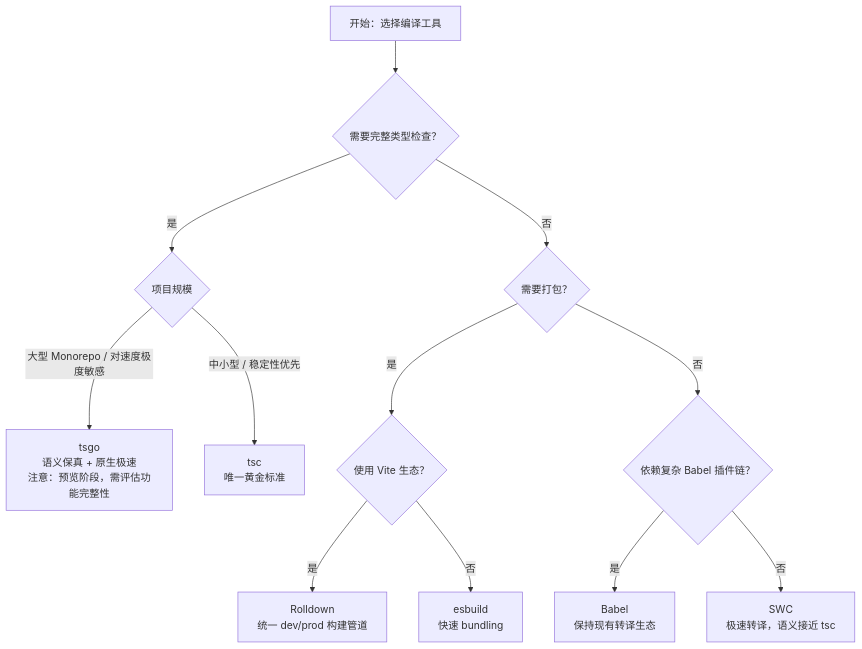
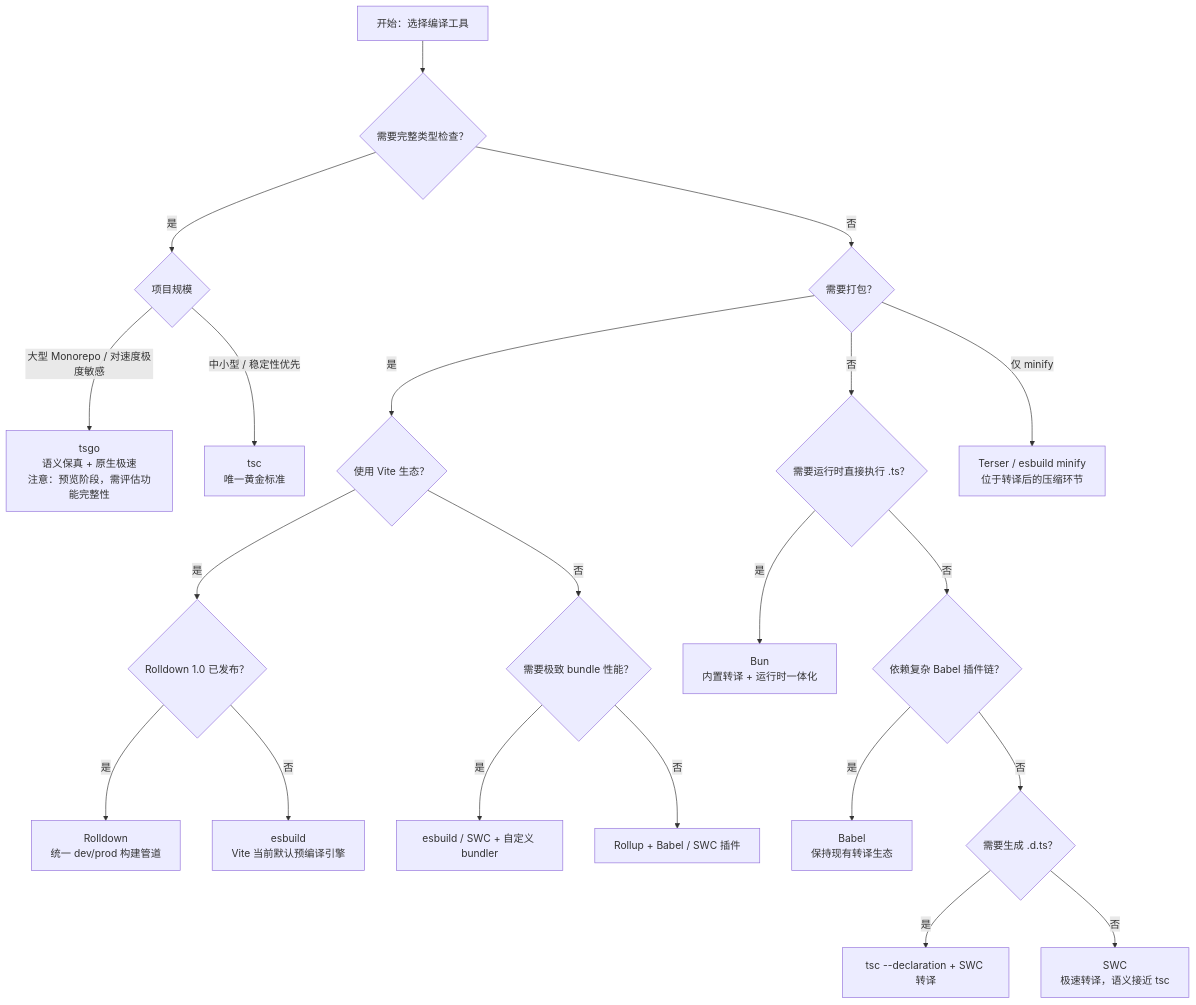
The diagram in website/comparison-matrices/js-ts-compilers-compare.md (AdaMartin18010/JavaScriptTypeScript), drawn with Mermaid before and after one commit. The commit also changed other lines of this file and 25 other files, not shown here.

````diff
--- a/website/comparison-matrices/js-ts-compilers-compare.md
+++ b/website/comparison-matrices/js-ts-compilers-compare.md
@@ -56,14 +204,23 @@
 ```mermaid
 flowchart TD
     A[开始：选择编译工具] --> B{需要完整类型检查？}
     B -->|是| C{项目规模}
     C -->|大型 Monorepo / 对速度极度敏感| D[tsgo<br/>语义保真 + 原生极速<br/>注意：预览阶段，需评估功能完整性]
     C -->|中小型 / 稳定性优先| E[tsc<br/>唯一黄金标准]
     B -->|否| F{需要打包？}
     F -->|是| G{使用 Vite 生态？}
-    G -->|是| H[Rolldown<br/>统一 dev/prod 构建管道]
-    G -->|否| I[esbuild<br/>快速 bundling]
-    F -->|否| J{依赖复杂 Babel 插件链？}
-    J -->|是| K[Babel<br/>保持现有转译生态]
-    J -->|否| L[SWC<br/>极速转译，语义接近 tsc]
+    G -->|是| H{Rolldown 1.0 已发布？}
+    H -->|是| I[Rolldown<br/>统一 dev/prod 构建管道]
+    H -->|否| J[esbuild<br/>Vite 当前默认预编译引擎]
+    G -->|否| K{需要极致 bundle 性能？}
+    K -->|是| L[esbuild / SWC + 自定义 bundler]
+    K -->|否| M[Rollup + Babel / SWC 插件]
+    F -->|否| N{需要运行时直接执行 .ts？}
+    N -->|是| O[Bun<br/>内置转译 + 运行时一体化]
+    N -->|否| P{依赖复杂 Babel 插件链？}
+    P -->|是| Q[Babel<br/>保持现有转译生态]
+    P -->|否| R{需要生成 .d.ts？}
+    R -->|是| S[tsc --declaration + SWC 转译]
+    R -->|否| T[SWC<br/>极速转译，语义接近 tsc]
+    F -->|仅 minify| U[Terser / esbuild minify<br/>位于转译后的压缩环节]
 ```
````
